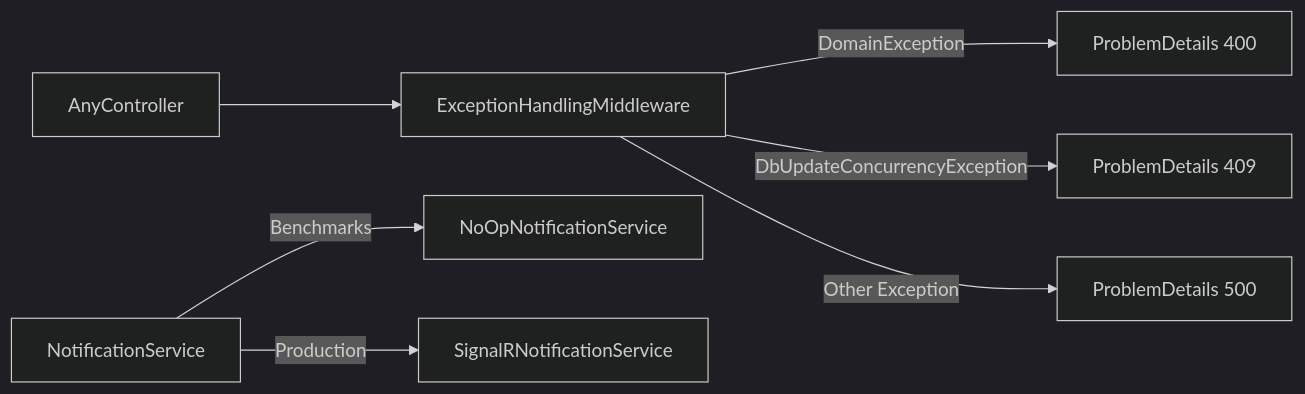
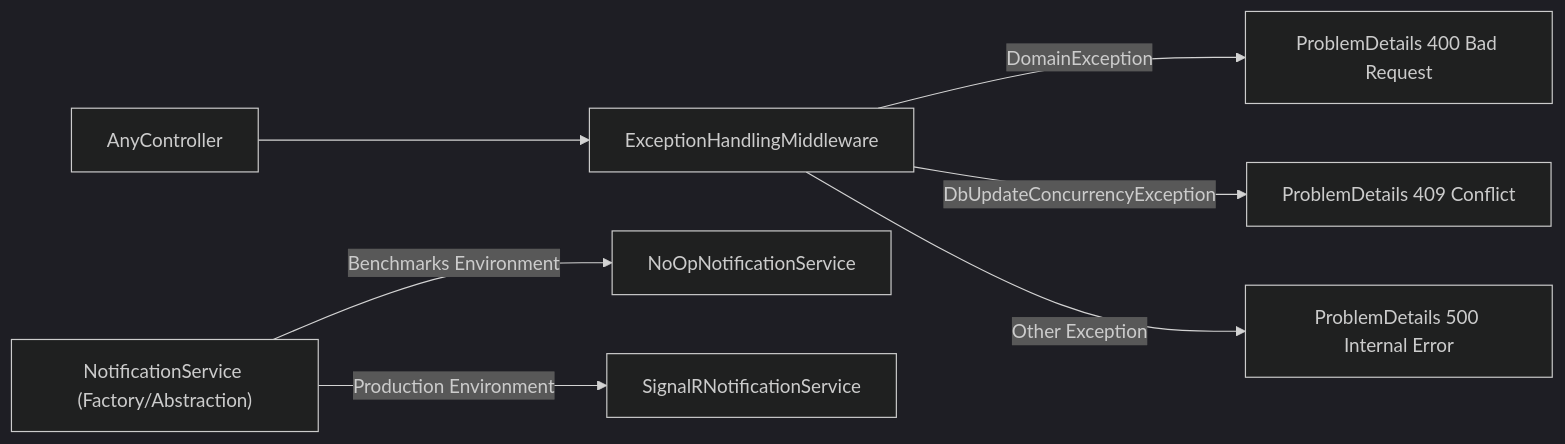
The sixth of 6 diagrams in README.md (benamarfaiez/AssetFlow_Core), drawn with Mermaid (dark theme) before and after one commit. The commit also changed other lines of this file, not shown here.

First line of the commit message:
Refactorisation des diagrammes Mermaid du README.md

````diff
--- a/README.md
+++ b/README.md
@@ -187,11 +193,13 @@
 ```mermaid
 flowchart LR
-  AnyController --> Middleware[ExceptionHandlingMiddleware]
-  Middleware -->|DomainException| Problem400[ProblemDetails 400]
-  Middleware -->|DbUpdateConcurrencyException| Problem409[ProblemDetails 409]
-  Middleware -->|Other Exception| Problem500[ProblemDetails 500]
+    %% global Error Handling Pipeline
+    A["AnyController"] --> B["ExceptionHandlingMiddleware"]
+    B -->|"DomainException"| C["ProblemDetails 400 Bad Request"]
+    B -->|"DbUpdateConcurrencyException"| D["ProblemDetails 409 Conflict"]
+    B -->|"Other Exception"| E["ProblemDetails 500 Internal Error"]
 
-  NotificationService[NotificationService]
-  NotificationService -->|Benchmarks| NoOpNotificationService
-  NotificationService -->|Production| SignalRNotificationService
+    %% Notification Provider Strategy
+    F["NotificationService (Factory/Abstraction)"]
+    F -->|"Benchmarks Environment"| G["NoOpNotificationService"]
+    F -->|"Production Environment"| H["SignalRNotificationService"]
 ```
````
